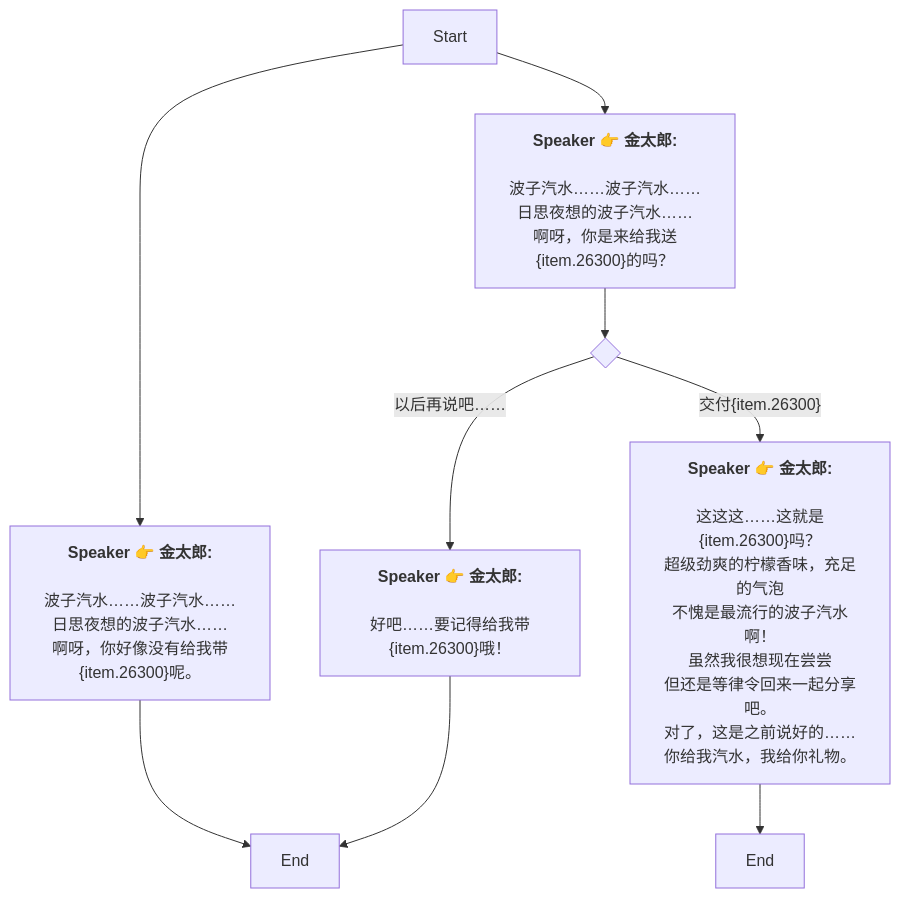
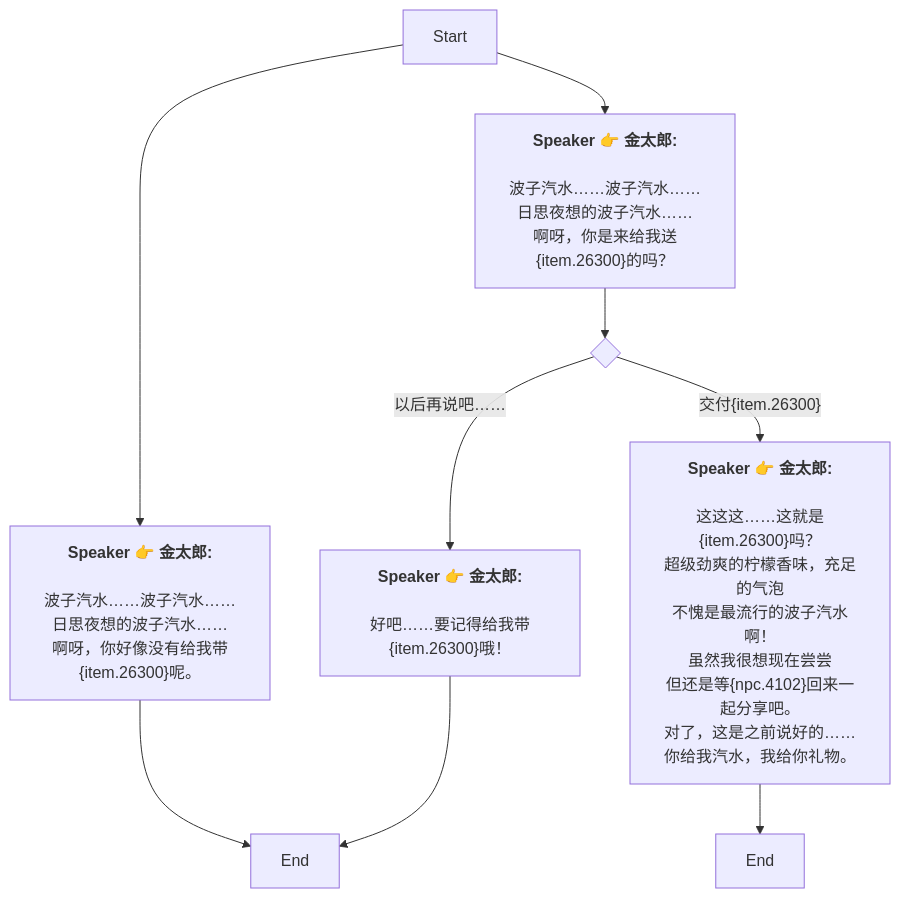
Before and after one commit to SoftHu/tos_avg: the diagram in Zh/QuestTalkObjectiveNode_1739240921175259.md, drawn with Mermaid. The commit also changed 199 other files, not shown here.

````diff
--- a/Zh/QuestTalkObjectiveNode_1739240921175259.md
+++ b/Zh/QuestTalkObjectiveNode_1739240921175259.md
@@ -1,30 +1,30 @@
 ```mermaid
 graph
 Start -->1739241015167200[<b>Speaker 👉 金太郎:</b>
 
 波子汽水……波子汽水……
 日思夜想的波子汽水……
 啊呀，你好像没有给我带&lbrace;item.26300&rbrace;呢。]
 Start -->1739241015168226[<b>Speaker 👉 金太郎:</b>
 
 波子汽水……波子汽水……
 日思夜想的波子汽水……
 啊呀，你是来给我送&lbrace;item.26300&rbrace;的吗？]
 1739241015167200 -->1739241015167201[End]
 1739241015168226 -->1739241015168229{ }
 1739241015168229 -->|以后再说吧……|1739241015169258[<b>Speaker 👉 金太郎:</b>
 
 好吧……要记得给我带&lbrace;item.26300&rbrace;哦！]
 1739241015168229 -->|交付&lbrace;item.26300&rbrace;|1739241015169255[<b>Speaker 👉 金太郎:</b>
 
 这这这……这就是&lbrace;item.26300&rbrace;吗？
 超级劲爽的柠檬香味，充足的气泡
 不愧是最流行的波子汽水啊！
 虽然我很想现在尝尝
-但还是等律令回来一起分享吧。
+但还是等&lbrace;npc.4102&rbrace;回来一起分享吧。
 对了，这是之前说好的……
 你给我汽水，我给你礼物。]
 1739241015169255 -->1739241015169257[End]
 1739241015169258 -->1739241015167201[End]
 
  ```
````
